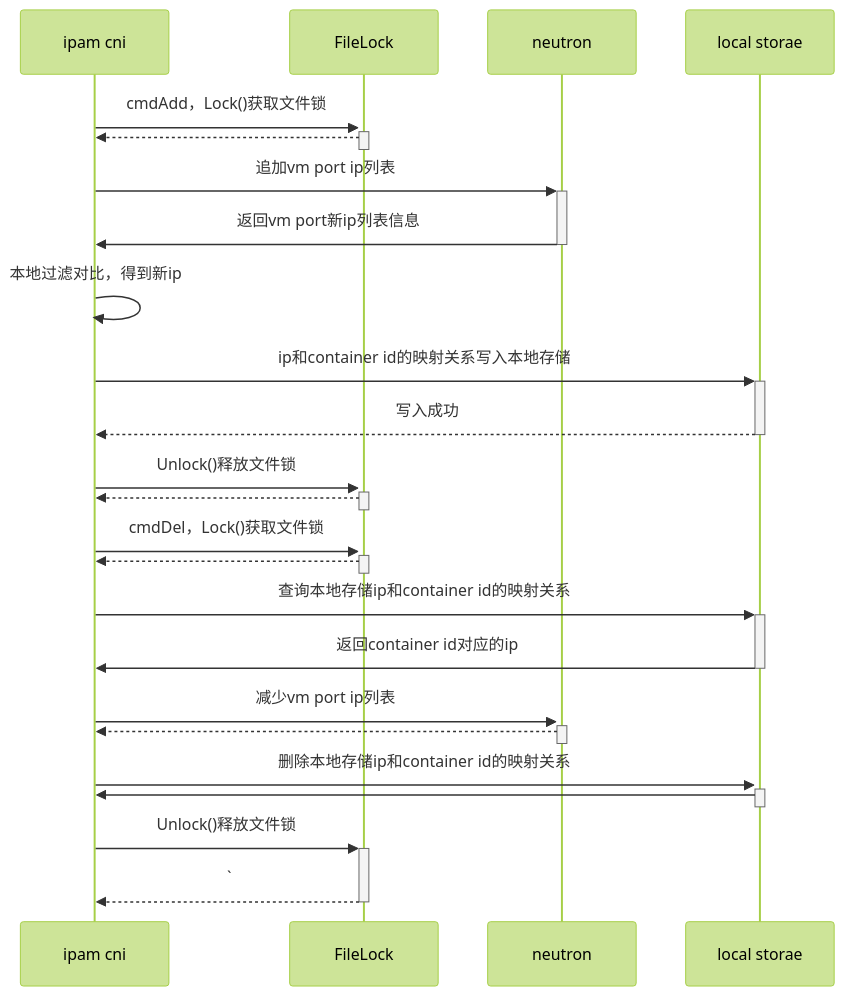
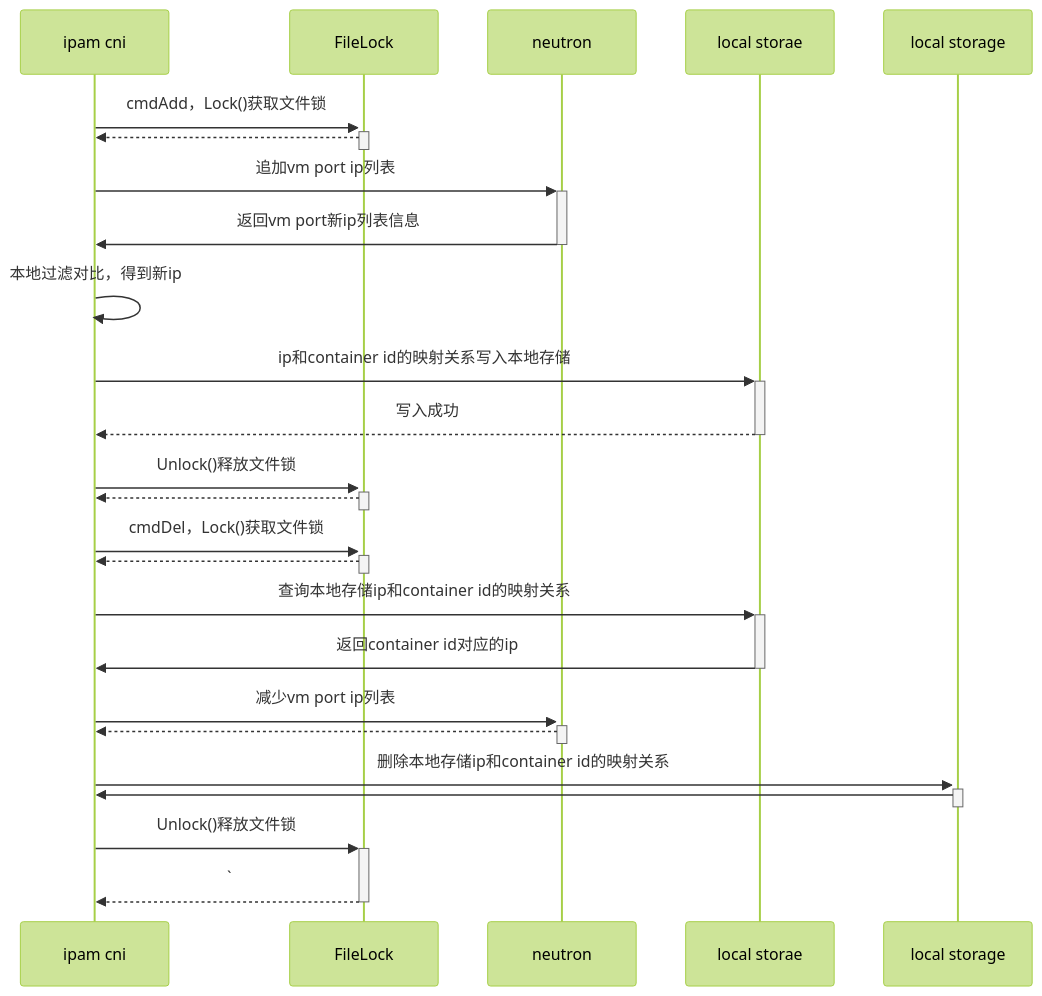
Before and after one commit to yaoice/int32bit.github.io: the diagram in _posts/2020-05-12-好记性不如烂笔头-k8s OpenStack网络打通二.md, drawn with Mermaid (forest theme). The commit also changed other lines of this file and 5 other files, not shown here.

````diff
--- a/_posts/2020-05-12-好记性不如烂笔头-k8s OpenStack网络打通二.md
+++ b/_posts/2020-05-12-好记性不如烂笔头-k8s OpenStack网络打通二.md
@@ -77,22 +77,22 @@
 ```mermaid
 sequenceDiagram
     ipam cni ->> +FileLock: cmdAdd，Lock()获取文件锁
     FileLock -->> -ipam cni: 
     ipam cni ->> + neutron: 追加vm port ip列表
     neutron ->> - ipam cni: 返回vm port新ip列表信息
     ipam cni ->> ipam cni: 本地过滤对比，得到新ip
     ipam cni ->> +local storae: ip和container id的映射关系写入本地存储
     local storae -->> -ipam cni :写入成功 
     ipam cni ->> +FileLock: Unlock()释放文件锁
     FileLock -->> -ipam cni: 
     ipam cni ->> +FileLock: cmdDel，Lock()获取文件锁
     FileLock -->> -ipam cni: 
     ipam cni ->> +local storae: 查询本地存储ip和container id的映射关系
     local storae ->> -ipam cni: 返回container id对应的ip 
     ipam cni ->> +neutron: 减少vm port ip列表
     neutron -->> -ipam cni: 
-    ipam cni ->> +local storae: 删除本地存储ip和container id的映射关系
-    local storae ->> -ipam cni: 
+    ipam cni ->> +local storage: 删除本地存储ip和container id的映射关系
+    local storage ->> -ipam cni: 
     ipam cni ->> +FileLock: Unlock()释放文件锁
     FileLock -->> -ipam cni: `
 ```
````
